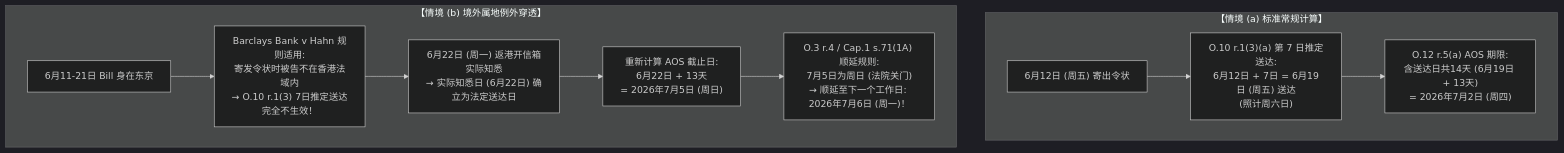
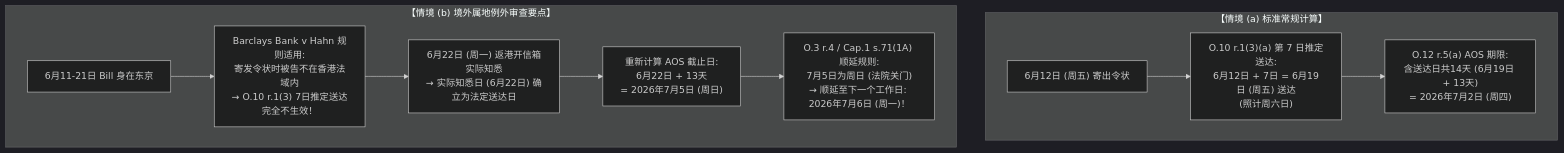
Before and after one commit to mixxmax/pcll-litigation-cards: diagram 11 of 11 in src/content/docs/institutions/co03-service-and-aos.md, drawn with Mermaid (dark theme). The commit also changed other lines of this file and 12 other files, not shown here.

````diff
--- a/src/content/docs/institutions/co03-service-and-aos.md
+++ b/src/content/docs/institutions/co03-service-and-aos.md
@@ -914,14 +914,14 @@
 ```mermaid
 flowchart TD
     subgraph PartA ["【情境 (a) 标准常规计算】"]
         PostDate["6月12日 (周五) 寄出令状"] --> DeemedDate["O.10 r.1(3)(a) 第 7 日推定送达:<br>6月12日 + 7日 = 6月19日 (周五) 送达<br>(照计周六日)"]
         DeemedDate --> AOS_A["O.12 r.5(a) AOS 期限:<br>含送达日共14天 (6月19日 + 13天)<br>= 2026年7月2日 (周四)"]
     end
 
-    subgraph PartB ["【情境 (b) 境外属地例外穿透】"]
+    subgraph PartB ["【情境 (b) 境外属地例外审查要点】"]
         Tokyo["6月11-21日 Bill 身在东京"] --> HahnRule["Barclays Bank v Hahn 规则适用:<br>寄发令状时被告不在香港法域内<br>→ O.10 r.1(3) 7日推定送达完全不生效！"]
         HahnRule --> ActualKnow["6月22日 (周一) 返港开信箱实际知悉<br>→ 实际知悉日 (6月22日) 确立为法定送达日"]
         ActualKnow --> AOS_B["重新计算 AOS 截止日:<br>6月22日 + 13天<br>= 2026年7月5日 (周日)"]
         AOS_B --> SundayRule["O.3 r.4 / Cap.1 s.71(1A) 顺延规则:<br>7月5日为周日 (法院关门)<br>→ 顺延至下一个工作日: 2026年7月6日 (周一)！"]
     end
 ```
````
